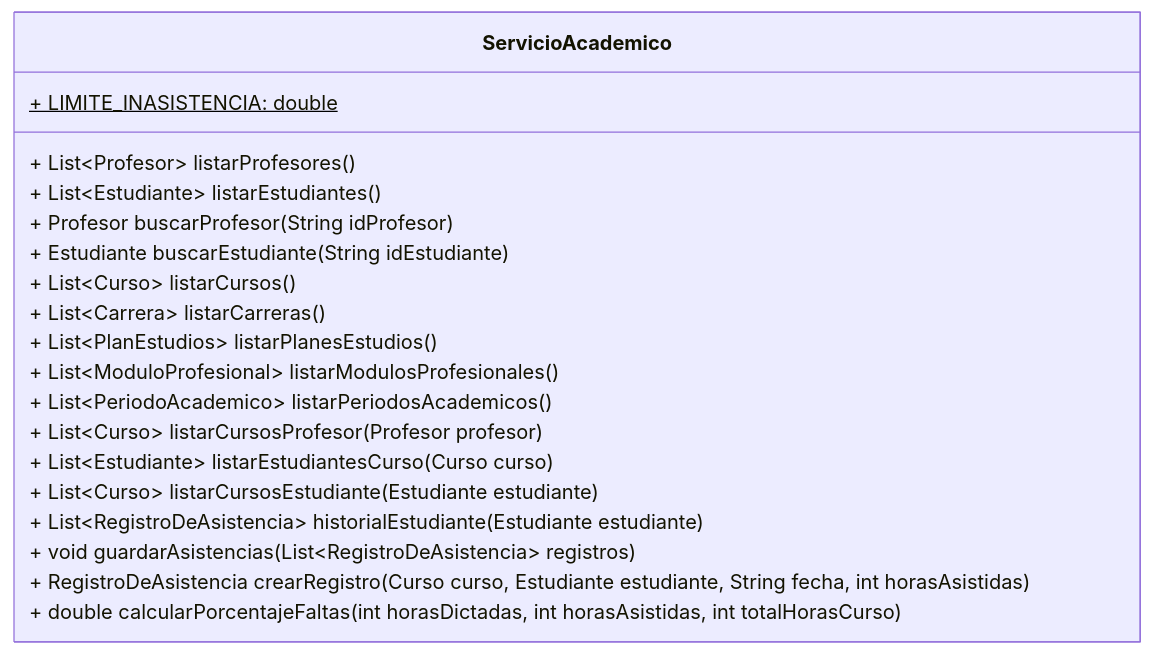
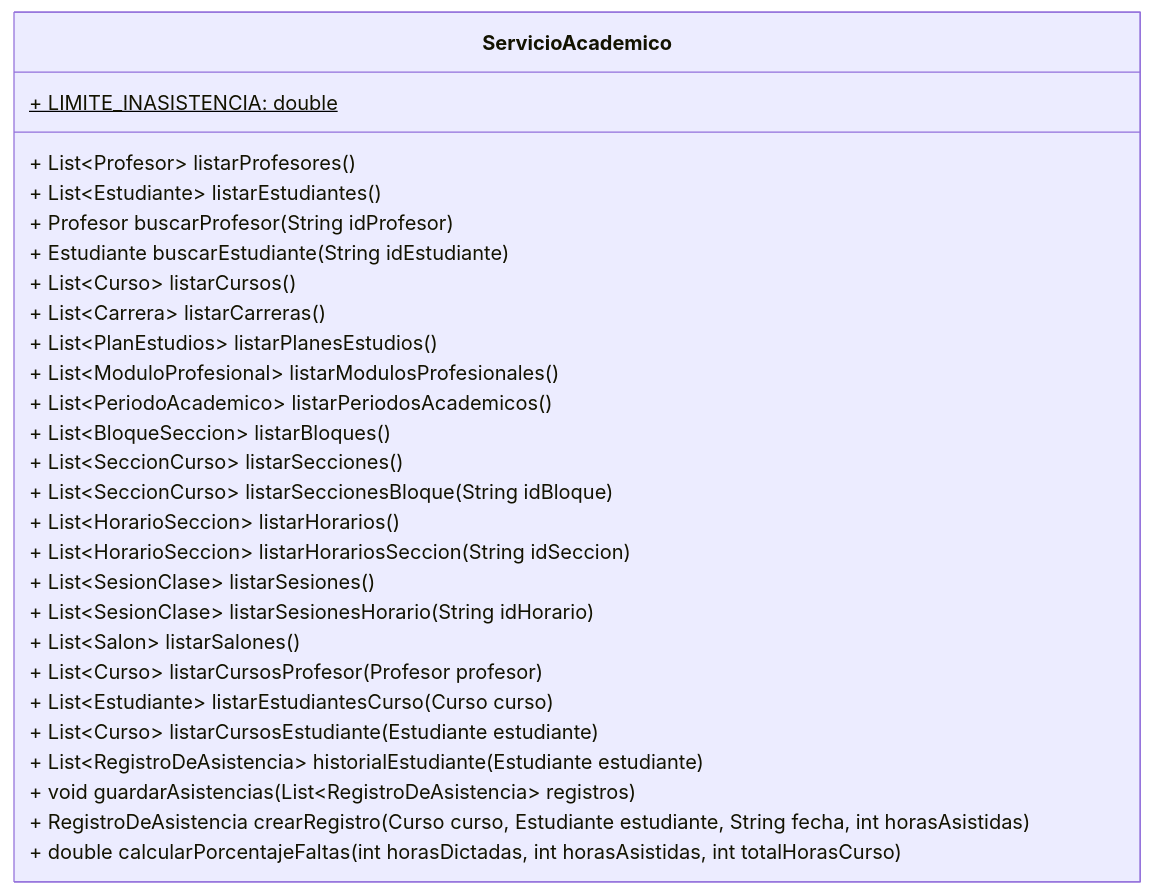
The diagram in docs/service/ServicioAcademico.mmd (Aireck2/take-attendance-java), drawn with Mermaid before and after one commit. The commit also changed 27 other files, not shown here.

```diff
--- a/docs/service/ServicioAcademico.mmd
+++ b/docs/service/ServicioAcademico.mmd
@@ -1,20 +1,28 @@
 classDiagram
     class ServicioAcademico {
         + LIMITE_INASISTENCIA: double$
         + List~Profesor~ listarProfesores()
         + List~Estudiante~ listarEstudiantes()
         + Profesor buscarProfesor(String idProfesor)
         + Estudiante buscarEstudiante(String idEstudiante)
         + List~Curso~ listarCursos()
         + List~Carrera~ listarCarreras()
         + List~PlanEstudios~ listarPlanesEstudios()
         + List~ModuloProfesional~ listarModulosProfesionales()
         + List~PeriodoAcademico~ listarPeriodosAcademicos()
+        + List~BloqueSeccion~ listarBloques()
+        + List~SeccionCurso~ listarSecciones()
+        + List~SeccionCurso~ listarSeccionesBloque(String idBloque)
+        + List~HorarioSeccion~ listarHorarios()
+        + List~HorarioSeccion~ listarHorariosSeccion(String idSeccion)
+        + List~SesionClase~ listarSesiones()
+        + List~SesionClase~ listarSesionesHorario(String idHorario)
+        + List~Salon~ listarSalones()
         + List~Curso~ listarCursosProfesor(Profesor profesor)
         + List~Estudiante~ listarEstudiantesCurso(Curso curso)
         + List~Curso~ listarCursosEstudiante(Estudiante estudiante)
         + List~RegistroDeAsistencia~ historialEstudiante(Estudiante estudiante)
         + void guardarAsistencias(List~RegistroDeAsistencia~ registros)
         + RegistroDeAsistencia crearRegistro(Curso curso, Estudiante estudiante, String fecha, int horasAsistidas)
         + double calcularPorcentajeFaltas(int horasDictadas, int horasAsistidas, int totalHorasCurso)
     }
```
